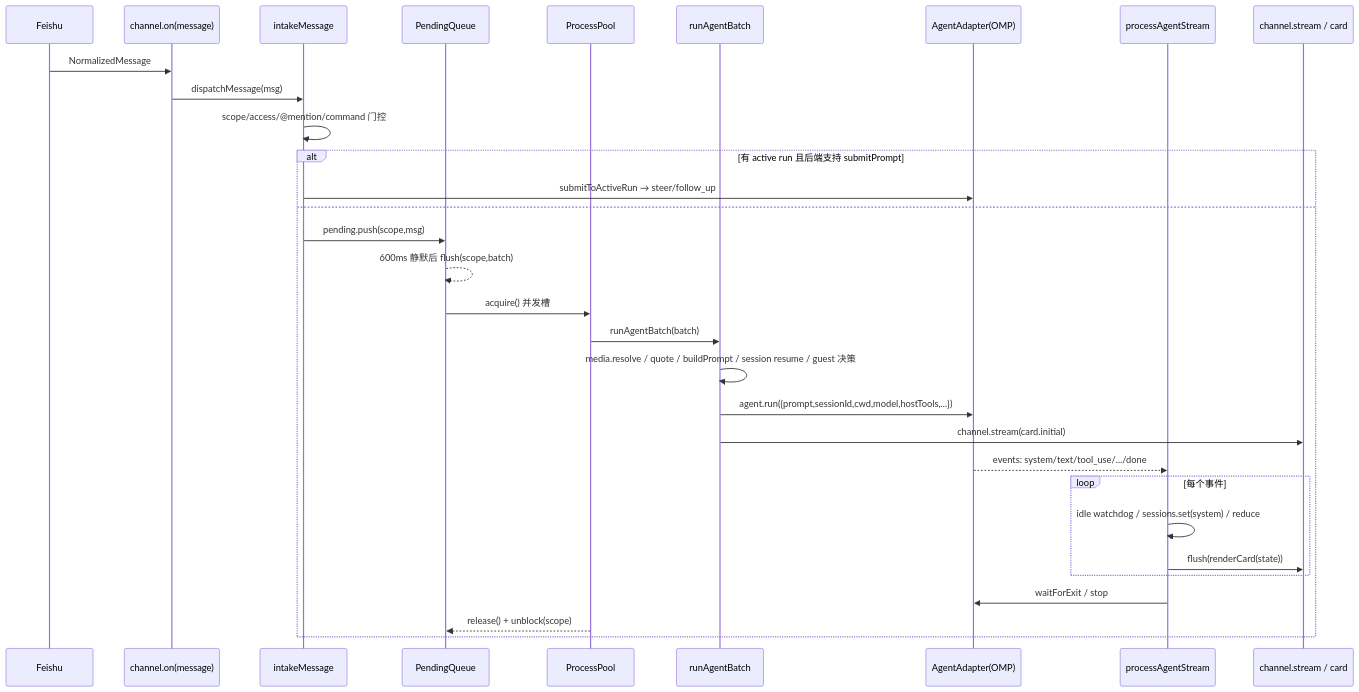
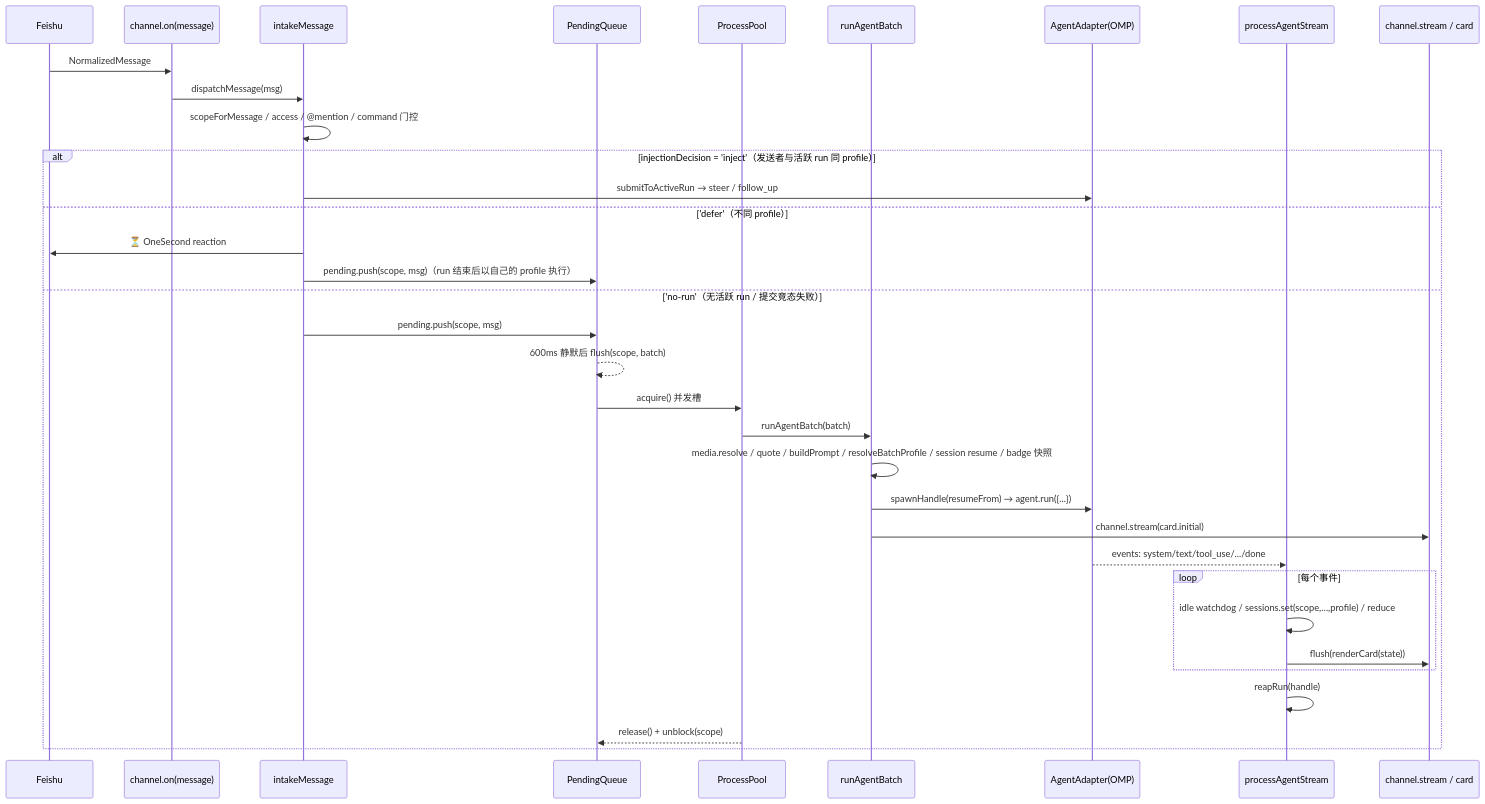
One commit to sorphwer/feishu-omp-bridge changed the second of 6 diagrams in how-it-works/04-message-pipeline.md. Above: the diagram before and after it, drawn with Mermaid. The commit also changed other lines of this file and 12 other files, not shown here.

````diff
--- a/how-it-works/04-message-pipeline.md
+++ b/how-it-works/04-message-pipeline.md
@@ -13,34 +48,37 @@
 ```mermaid
 sequenceDiagram
   participant F as Feishu
   participant CH as channel.on(message)
   participant IN as intakeMessage
   participant PQ as PendingQueue
   participant PP as ProcessPool
   participant RB as runAgentBatch
   participant AG as AgentAdapter(OMP)
   participant PS as processAgentStream
   participant CARD as channel.stream / card
 
   F->>CH: NormalizedMessage
   CH->>IN: dispatchMessage(msg)
-  IN->>IN: scope/access/@mention/command 门控
-  alt 有 active run 且后端支持 submitPrompt
-    IN->>AG: submitToActiveRun → steer/follow_up
-  else
-    IN->>PQ: pending.push(scope,msg)
-    PQ-->>PQ: 600ms 静默后 flush(scope,batch)
+  IN->>IN: scopeForMessage / access / @mention / command 门控
+  alt injectionDecision = 'inject'（发送者与活跃 run 同 profile）
+    IN->>AG: submitToActiveRun → steer / follow_up
+  else 'defer'（不同 profile）
+    IN->>F: ⏳ OneSecond reaction
+    IN->>PQ: pending.push(scope, msg)（run 结束后以自己的 profile 执行）
+  else 'no-run'（无活跃 run / 提交竞态失败）
+    IN->>PQ: pending.push(scope, msg)
+    PQ-->>PQ: 600ms 静默后 flush(scope, batch)
     PQ->>PP: acquire() 并发槽
     PP->>RB: runAgentBatch(batch)
-    RB->>RB: media.resolve / quote / buildPrompt / session resume / guest 决策
-    RB->>AG: agent.run({prompt,sessionId,cwd,model,hostTools,...})
+    RB->>RB: media.resolve / quote / buildPrompt / resolveBatchProfile / session resume / badge 快照
+    RB->>AG: spawnHandle(resumeFrom) → agent.run({...})
     RB->>CARD: channel.stream(card.initial)
     AG-->>PS: events: system/text/tool_use/.../done
     loop 每个事件
-      PS->>PS: idle watchdog / sessions.set(system) / reduce
+      PS->>PS: idle watchdog / sessions.set(scope,…,profile) / reduce
       PS->>CARD: flush(renderCard(state))
     end
-    PS->>AG: waitForExit / stop
+    PS->>PS: reapRun(handle)
     PP-->>PQ: release() + unblock(scope)
   end
 ```
````
